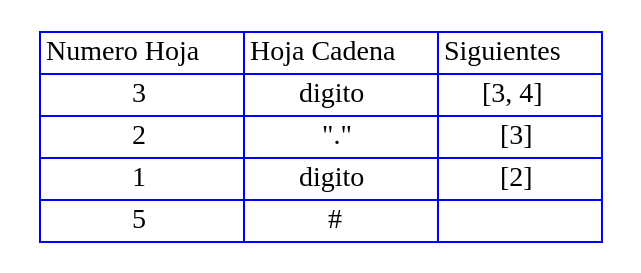
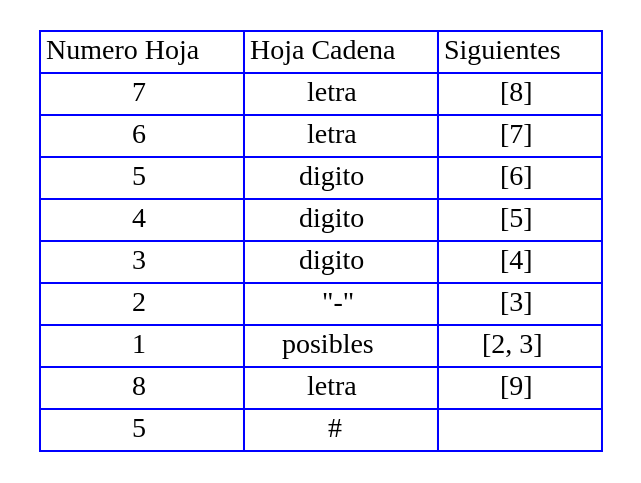
One commit to RojasCJP/Proyecto1_Compi1 changed the diagram in out/production/Proyecto1/Graphviz/Siguientes1.dot. Above: the diagram before and after it, drawn with Graphviz. The commit also changed 437 other files, not shown here.

```diff
--- a/out/production/Proyecto1/Graphviz/Siguientes1.dot
+++ b/out/production/Proyecto1/Graphviz/Siguientes1.dot
@@ -1,14 +1,14 @@
 digraph {
 
   tbl [
 
     shape=plaintext
     label=<
       <table border='0' cellborder='1' color='blue' cellspacing='0'>
-        <tr><td>Numero Hoja</td><td>Hoja Cadena</td><td>Siguientes</td></tr><tr><td>3</td><td>digito</td><td>[3, 4]</td></tr><tr><td>2</td><td>"."</td><td>[3]</td></tr><tr><td>1</td><td>digito</td><td>[2]</td></tr><tr><td>5</td><td>#</td><td></td></tr>
+        <tr><td>Numero Hoja</td><td>Hoja Cadena</td><td>Siguientes</td></tr><tr><td>7</td><td>letra</td><td>[8]</td></tr><tr><td>6</td><td>letra</td><td>[7]</td></tr><tr><td>5</td><td>digito</td><td>[6]</td></tr><tr><td>4</td><td>digito</td><td>[5]</td></tr><tr><td>3</td><td>digito</td><td>[4]</td></tr><tr><td>2</td><td>"-"</td><td>[3]</td></tr><tr><td>1</td><td>posibles</td><td>[2, 3]</td></tr><tr><td>8</td><td>letra</td><td>[9]</td></tr><tr><td>5</td><td>#</td><td></td></tr>
 
       </table>
 
     >];
 
 }
```
